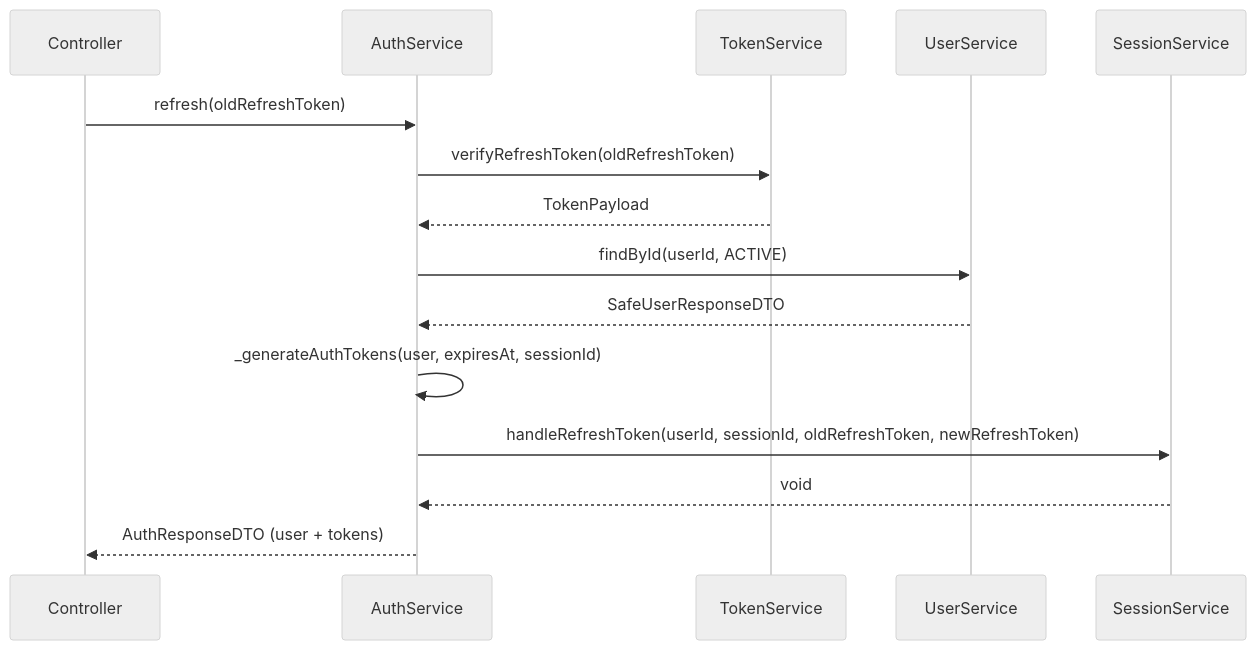
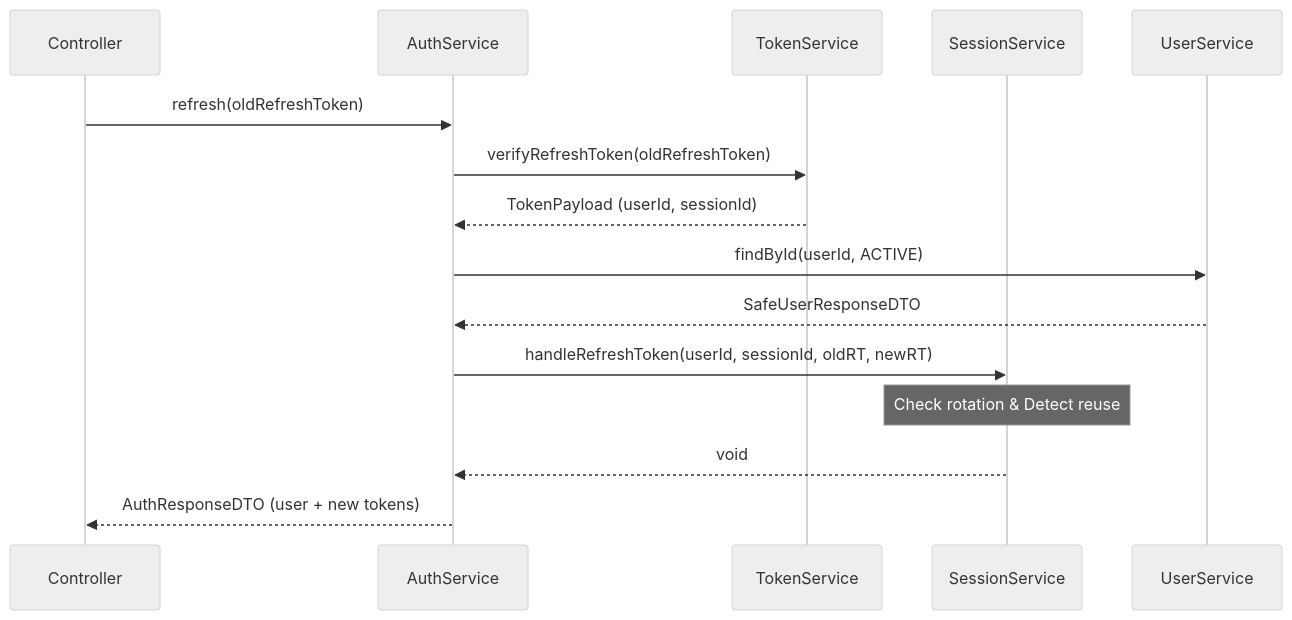
One commit to SangHynh/atomecom changed the fifth of 8 diagrams in server/src/modules/auth/README.md. Above: the diagram before and after it, drawn with Mermaid (neutral theme). The commit also changed other lines of this file and 1 other file, not shown here.

Commit message:
docs: update documents for users and auth modules

````diff
--- a/server/src/modules/auth/README.md
+++ b/server/src/modules/auth/README.md
@@ -148,18 +189,18 @@
 ```mermaid
 sequenceDiagram
     participant C as Controller
     participant AS as AuthService
-    participant JWT as TokenService
+    participant ITK as TokenService
+    participant SS as SessionService
     participant US as UserService
-    participant SS as SessionService
 
     C->>AS: refresh(oldRefreshToken)
-    AS->>JWT: verifyRefreshToken(oldRefreshToken)
-    JWT-->>AS: TokenPayload
+    AS->>ITK: verifyRefreshToken(oldRefreshToken)
+    ITK-->>AS: TokenPayload (userId, sessionId)
     AS->>US: findById(userId, ACTIVE)
     US-->>AS: SafeUserResponseDTO
-    AS->>AS: _generateAuthTokens(user, expiresAt, sessionId)
-    AS->>SS: handleRefreshToken(userId, sessionId, oldRefreshToken, newRefreshToken)
+    AS->>SS: handleRefreshToken(userId, sessionId, oldRT, newRT)
+    Note over SS: Check rotation & Detect reuse
     SS-->>AS: void
-    AS-->>C: AuthResponseDTO (user + tokens)
+    AS-->>C: AuthResponseDTO (user + new tokens)
 ```
````
